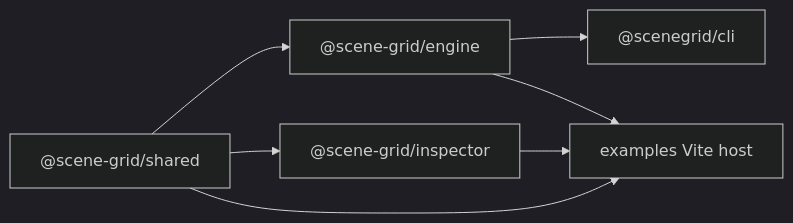
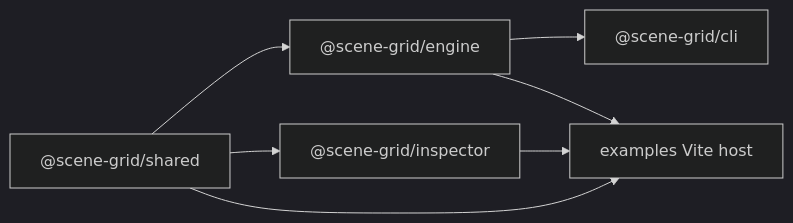
One commit to rapt0p7/scenegrid-console changed the first of 2 diagrams in openwiki/architecture/overview.md. Above: the diagram before and after it, drawn with Mermaid (dark theme). The commit also changed other lines of this file and 5 other files, not shown here.

First line of the commit message:
refactor(architecture): rename package from @scenegrid to @scene-grid

````diff
--- a/openwiki/architecture/overview.md
+++ b/openwiki/architecture/overview.md
@@ -57,15 +57,15 @@
 ```mermaid
 flowchart LR
     shared["@scene-grid/shared"]
     engine["@scene-grid/engine"]
     inspector["@scene-grid/inspector"]
-    cli["@scenegrid/cli"]
+    cli["@scene-grid/cli"]
     example["examples Vite host"]
 
     shared --> engine
     shared --> inspector
     engine --> cli
     engine --> example
     inspector --> example
     shared --> example
 ```
````
